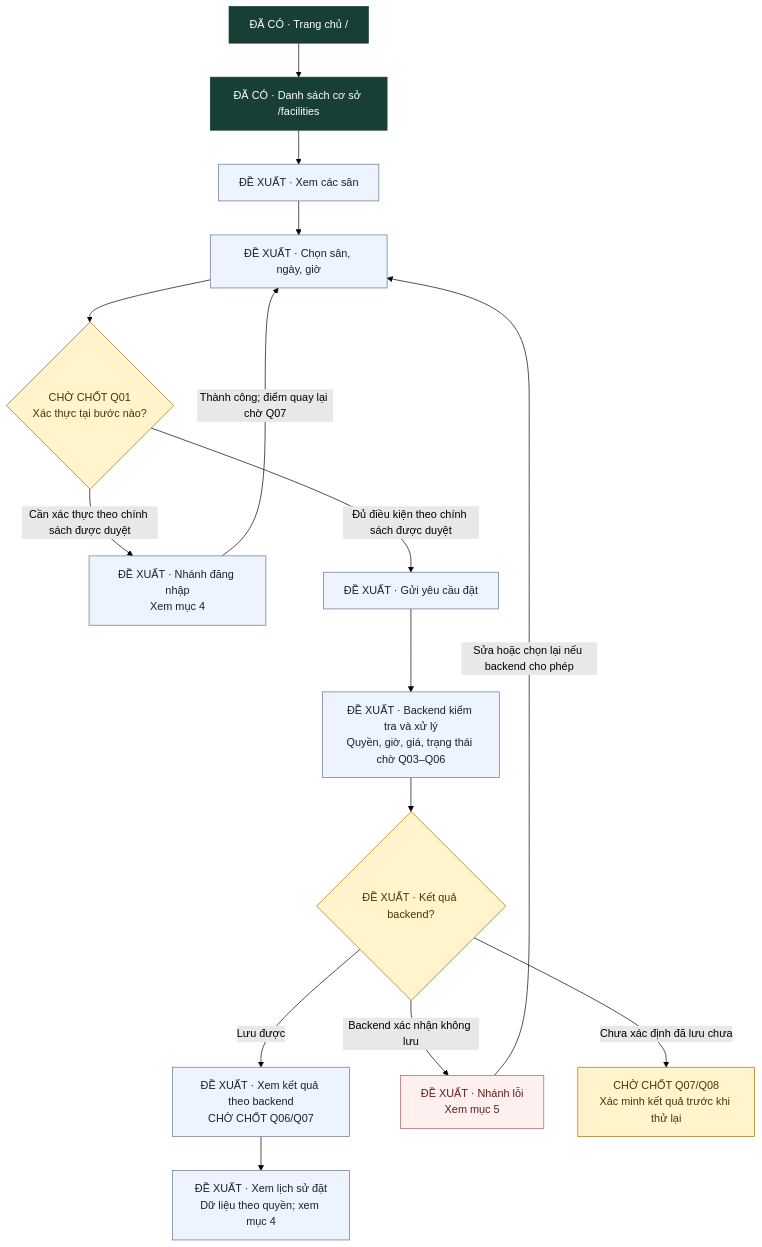
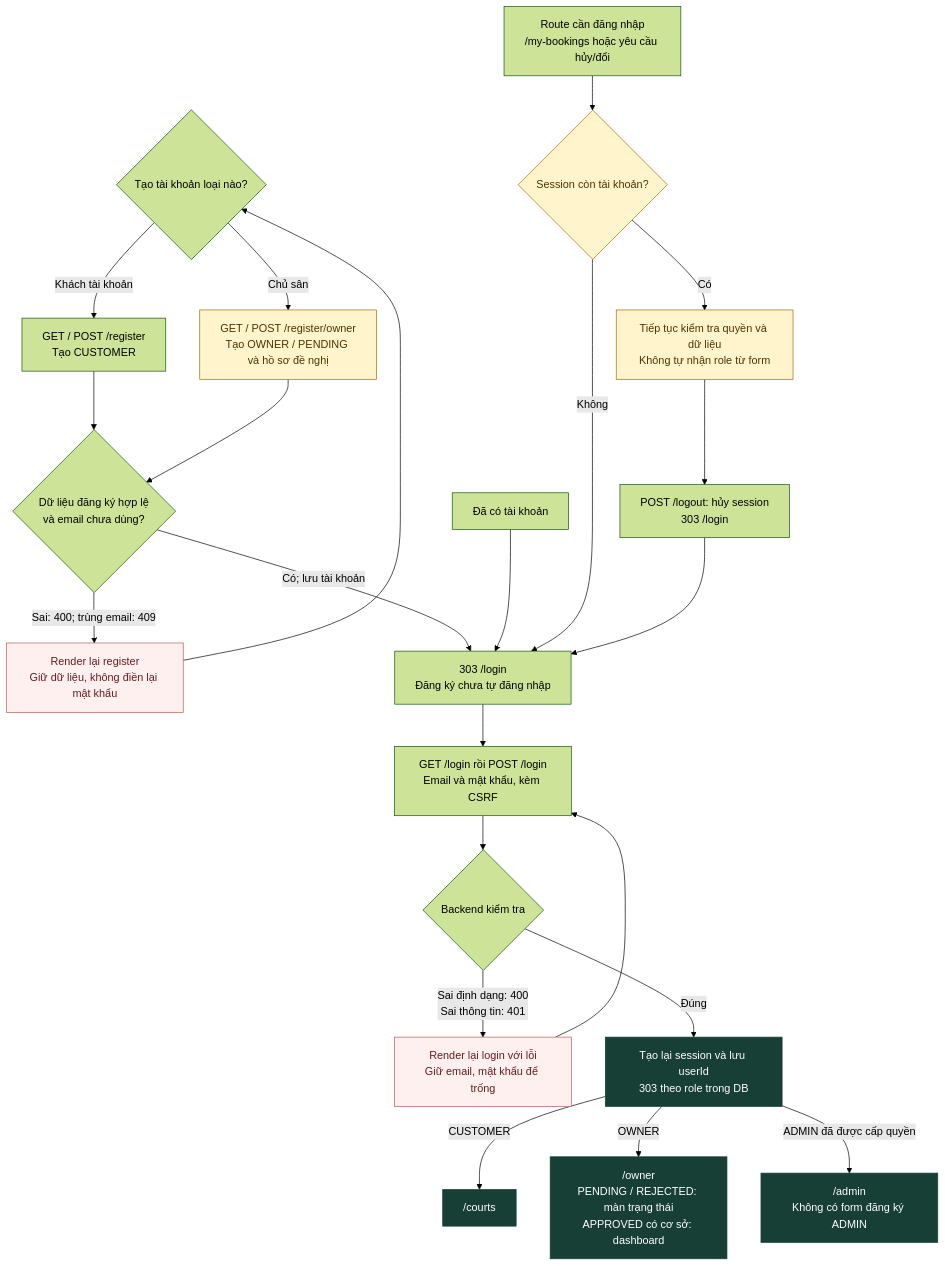
One commit to indominusrex932005-arch/dat-san-tu-dau changed the first of 5 diagrams in docs/LUONG_SU_DUNG_NHAP.md. Above: the diagram before and after it, drawn with Mermaid (forest theme). The commit also changed other lines of this file and 5 other files, not shown here.

````diff
--- a/docs/LUONG_SU_DUNG_NHAP.md
+++ b/docs/LUONG_SU_DUNG_NHAP.md
@@ -34,25 +20,30 @@
 ```mermaid
 flowchart TD
-    H["ĐÃ CÓ · Trang chủ /"] --> F["ĐÃ CÓ · Danh sách cơ sở /facilities"]
-    F --> C["ĐỀ XUẤT · Xem các sân"]
-    C --> S["ĐỀ XUẤT · Chọn sân, ngày, giờ"]
-    S --> G{"CHỜ CHỐT Q01<br/>Xác thực tại bước nào?"}
-    G -->|"Cần xác thực theo chính sách được duyệt"| A["ĐỀ XUẤT · Nhánh đăng nhập<br/>Xem mục 4"]
-    A -->|"Thành công; điểm quay lại chờ Q07"| S
-    G -->|"Đủ điều kiện theo chính sách được duyệt"| P["ĐỀ XUẤT · Gửi yêu cầu đặt"]
-    P --> B["ĐỀ XUẤT · Backend kiểm tra và xử lý<br/>Quyền, giờ, giá, trạng thái chờ Q03–Q06"]
-    B --> R{"ĐỀ XUẤT · Kết quả backend?"}
-    R -->|"Lưu được"| K["ĐỀ XUẤT · Xem kết quả theo backend<br/>CHỜ CHỐT Q06/Q07"]
-    K --> L["ĐỀ XUẤT · Xem lịch sử đặt<br/>Dữ liệu theo quyền; xem mục 4"]
-    R -->|"Backend xác nhận không lưu"| E["ĐỀ XUẤT · Nhánh lỗi<br/>Xem mục 5"]
-    R -->|"Chưa xác định đã lưu chưa"| U["CHỜ CHỐT Q07/Q08<br/>Xác minh kết quả trước khi thử lại"]
-    E -->|"Sửa hoặc chọn lại nếu backend cho phép"| S
-    classDef existing fill:#173f35,color:#ffffff,stroke:#173f35
-    classDef proposed fill:#edf4ff,color:#172033,stroke:#64748b
-    classDef pending fill:#fff4cc,color:#4b3500,stroke:#a66b00
+    A{"Tạo tài khoản loại nào?"} -->|"Khách tài khoản"| B["GET / POST /register<br/>Tạo CUSTOMER"]
+    A -->|"Chủ sân"| C["GET / POST /register/owner<br/>Tạo OWNER / PENDING và hồ sơ đề nghị"]
+    B --> D{"Dữ liệu đăng ký hợp lệ<br/>và email chưa dùng?"}
+    C --> D
+    D -->|"Sai: 400; trùng email: 409"| E["Render lại register<br/>Giữ dữ liệu, không điền lại mật khẩu"]
+    E --> A
+    D -->|"Có; lưu tài khoản"| F["303 /login<br/>Đăng ký chưa tự đăng nhập"]
+    G["Đã có tài khoản"] --> F
+    F --> H["GET /login rồi POST /login<br/>Email và mật khẩu, kèm CSRF"]
+    H --> I{"Backend kiểm tra"}
+    I -->|"Sai định dạng: 400<br/>Sai thông tin: 401"| J["Render lại login với lỗi<br/>Giữ email, mật khẩu để trống"]
+    J --> H
+    I -->|"Đúng"| K["Tạo lại session và lưu userId<br/>303 theo role trong DB"]
+    K -->|"CUSTOMER"| L["/courts"]
+    K -->|"OWNER"| M["/owner<br/>PENDING / REJECTED: màn trạng thái<br/>APPROVED có cơ sở: dashboard"]
+    K -->|"ADMIN đã được cấp quyền"| N["/admin<br/>Không có form đăng ký ADMIN"]
+    O["Route cần đăng nhập<br/>/my-bookings hoặc yêu cầu hủy/đổi"] --> P{"Session còn tài khoản?"}
+    P -->|"Không"| F
+    P -->|"Có"| Q["Tiếp tục kiểm tra quyền và dữ liệu<br/>Không tự nhận role từ form"]
+    Q --> R["POST /logout: hủy session<br/>303 /login"]
+    R --> F
+    classDef done fill:#173f35,color:#fff,stroke:#173f35
+    classDef notice fill:#fff4cc,color:#4b3500,stroke:#a66b00
     classDef error fill:#fff0f0,color:#641d1d,stroke:#b45a5a
-    class H,F existing
-    class C,S,A,P,B,K,L proposed
-    class G,R,U pending
-    class E error
+    class K,L,M,N done
+    class C,P,Q notice
+    class E,J error
 ```
````
